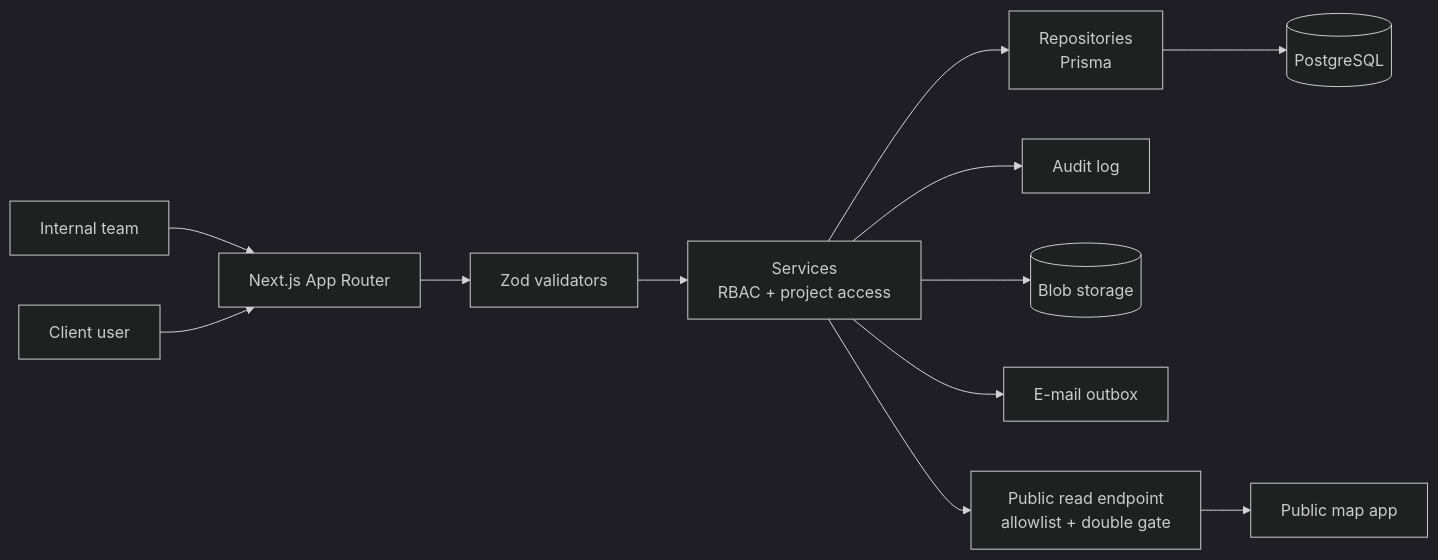
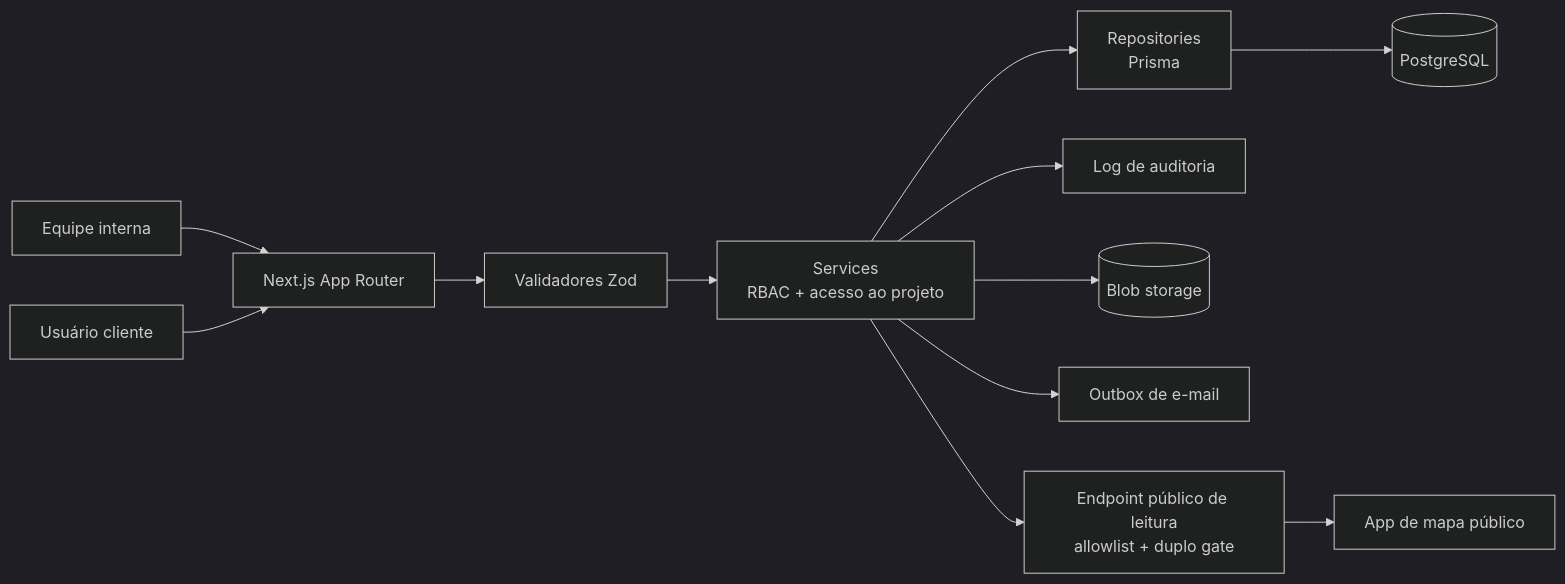
Before and after one commit to hnryguchi/case-study-environmental-portal: the diagram in README.md, drawn with Mermaid (dark theme). The commit also changed other lines of this file and 3 other files, not shown here.

````diff
--- a/README.md
+++ b/README.md
@@ -26,14 +28,14 @@
 ```mermaid
 flowchart LR
-  T[Internal team] --> UI[Next.js App Router]
-  C[Client user] --> UI
-  UI --> V[Zod validators]
-  V --> S[Services<br/>RBAC + project access]
+  T[Equipe interna] --> UI[Next.js App Router]
+  C[Usuário cliente] --> UI
+  UI --> V[Validadores Zod]
+  V --> S[Services<br/>RBAC + acesso ao projeto]
   S --> R[Repositories<br/>Prisma]
   R --> DB[(PostgreSQL)]
-  S --> AL[Audit log]
+  S --> AL[Log de auditoria]
   S --> BL[(Blob storage)]
-  S --> OB[E-mail outbox]
-  S --> PUB["Public read endpoint<br/>allowlist + double gate"]
-  PUB --> HZ[Public map app]
+  S --> OB[Outbox de e-mail]
+  S --> PUB["Endpoint público de leitura<br/>allowlist + duplo gate"]
+  PUB --> HZ[App de mapa público]
 ```
````
